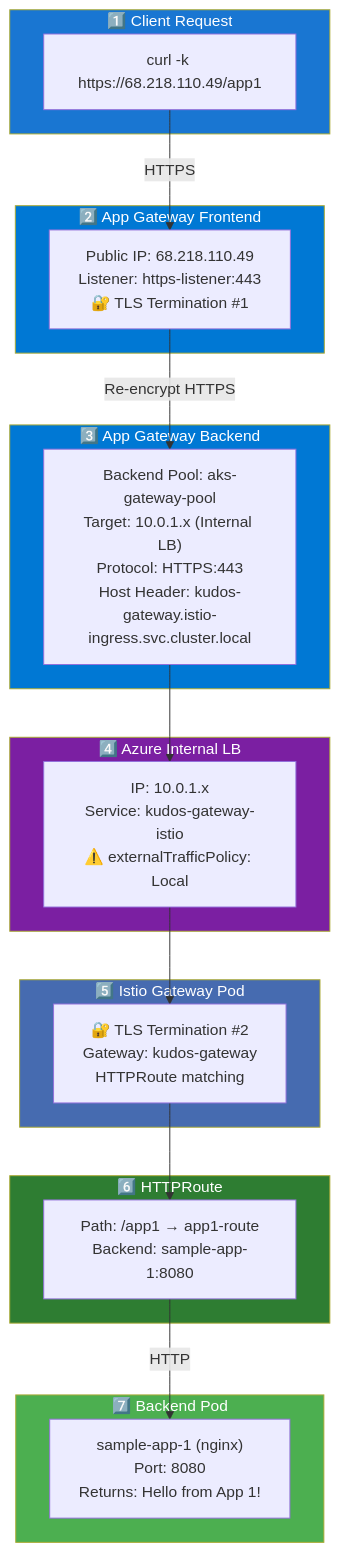
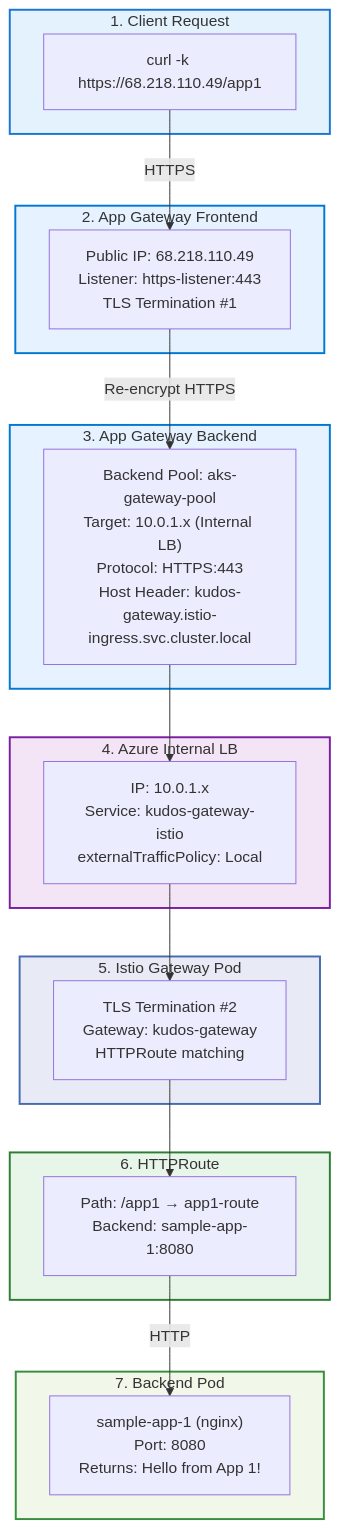
One commit to shanaka-versent/shanaka-aks-poc changed the fifth of 8 diagrams in README.md. Above: the diagram before and after it, drawn with Mermaid. The commit also changed other lines of this file, not shown here.

Commit message:
Improve the ReadMe file with Marmaid architecture diagrams

````diff
--- a/README.md
+++ b/README.md
@@ -215,45 +232,51 @@
 ```mermaid
 flowchart TB
-    subgraph Step1["1️⃣ Client Request"]
+    subgraph Step1["1. Client Request"]
         Client["curl -k https://68.218.110.49/app1"]
     end
 
-    subgraph Step2["2️⃣ App Gateway Frontend"]
-        AGW["Public IP: 68.218.110.49<br/>Listener: https-listener:443<br/>🔐 TLS Termination #1"]
+    subgraph Step2["2. App Gateway Frontend"]
+        AGW["Public IP: 68.218.110.49<br/>Listener: https-listener:443<br/>TLS Termination #1"]
     end
 
-    subgraph Step3["3️⃣ App Gateway Backend"]
+    subgraph Step3["3. App Gateway Backend"]
         Backend["Backend Pool: aks-gateway-pool<br/>Target: 10.0.1.x (Internal LB)<br/>Protocol: HTTPS:443<br/>Host Header: kudos-gateway.istio-ingress.svc.cluster.local"]
     end
 
-    subgraph Step4["4️⃣ Azure Internal LB"]
-        ILB["IP: 10.0.1.x<br/>Service: kudos-gateway-istio<br/>⚠️ externalTrafficPolicy: Local"]
+    subgraph Step4["4. Azure Internal LB"]
+        ILB["IP: 10.0.1.x<br/>Service: kudos-gateway-istio<br/>externalTrafficPolicy: Local"]
     end
 
-    subgraph Step5["5️⃣ Istio Gateway Pod"]
-        Gateway["🔐 TLS Termination #2<br/>Gateway: kudos-gateway<br/>HTTPRoute matching"]
+    subgraph Step5["5. Istio Gateway Pod"]
+        Gateway["TLS Termination #2<br/>Gateway: kudos-gateway<br/>HTTPRoute matching"]
     end
 
-    subgraph Step6["6️⃣ HTTPRoute"]
+    subgraph Step6["6. HTTPRoute"]
         Route["Path: /app1 → app1-route<br/>Backend: sample-app-1:8080"]
     end
 
-    subgraph Step7["7️⃣ Backend Pod"]
+    subgraph Step7["7. Backend Pod"]
         Pod["sample-app-1 (nginx)<br/>Port: 8080<br/>Returns: Hello from App 1!"]
     end
 
     Client -->|"HTTPS"| AGW
     AGW -->|"Re-encrypt HTTPS"| Backend
     Backend --> ILB
     ILB --> Gateway
     Gateway --> Route
     Route -->|"HTTP"| Pod
 
-    style Step1 fill:#1976D2,color:#fff
-    style Step2 fill:#0078D4,color:#fff
-    style Step3 fill:#0078D4,color:#fff
-    style Step4 fill:#7B1FA2,color:#fff
-    style Step5 fill:#466BB0,color:#fff
-    style Step6 fill:#2E7D32,color:#fff
-    style Step7 fill:#4CAF50,color:#fff
+    classDef client fill:#e3f2fd,stroke:#1976d2,stroke-width:2px,color:#333
+    classDef appgw fill:#e6f2ff,stroke:#0078d4,stroke-width:2px,color:#333
+    classDef ilb fill:#f3e5f5,stroke:#7b1fa2,stroke-width:2px,color:#333
+    classDef istio fill:#e8eaf6,stroke:#466bb0,stroke-width:2px,color:#333
+    classDef route fill:#e8f5e9,stroke:#2e7d32,stroke-width:2px,color:#333
+    classDef backend fill:#f1f8e9,stroke:#388e3c,stroke-width:2px,color:#333
+
+    class Step1 client
+    class Step2,Step3 appgw
+    class Step4 ilb
+    class Step5 istio
+    class Step6 route
+    class Step7 backend
 ```
````
